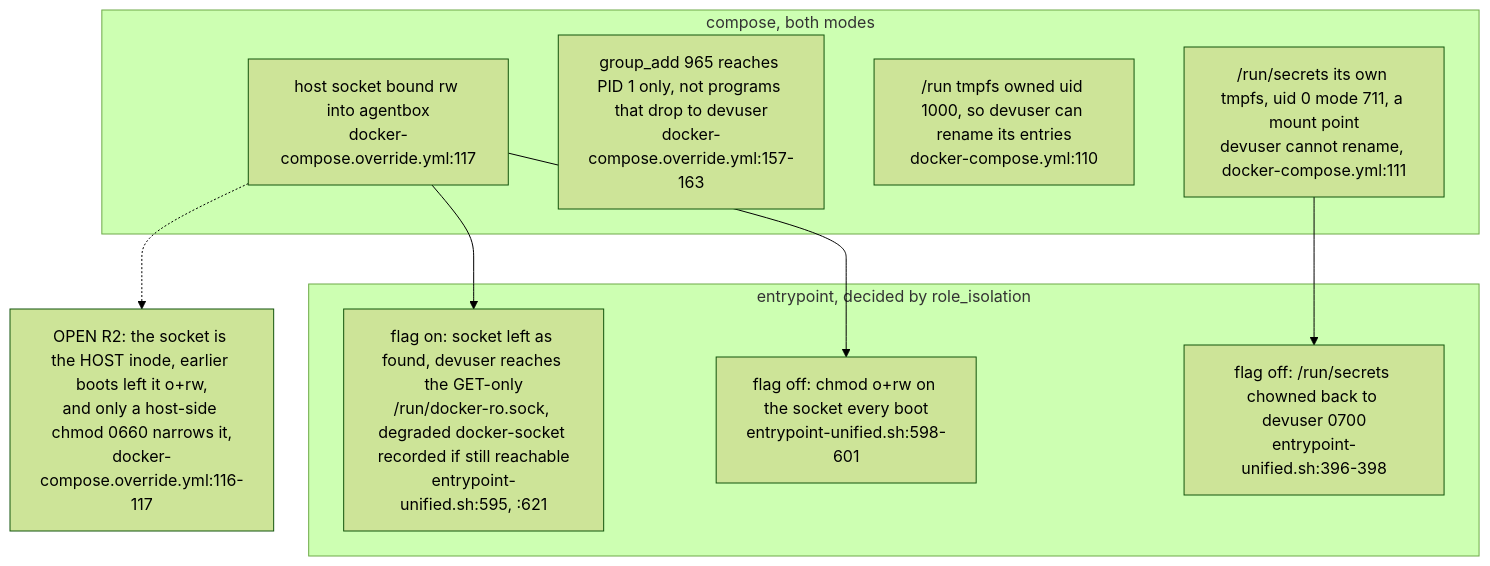
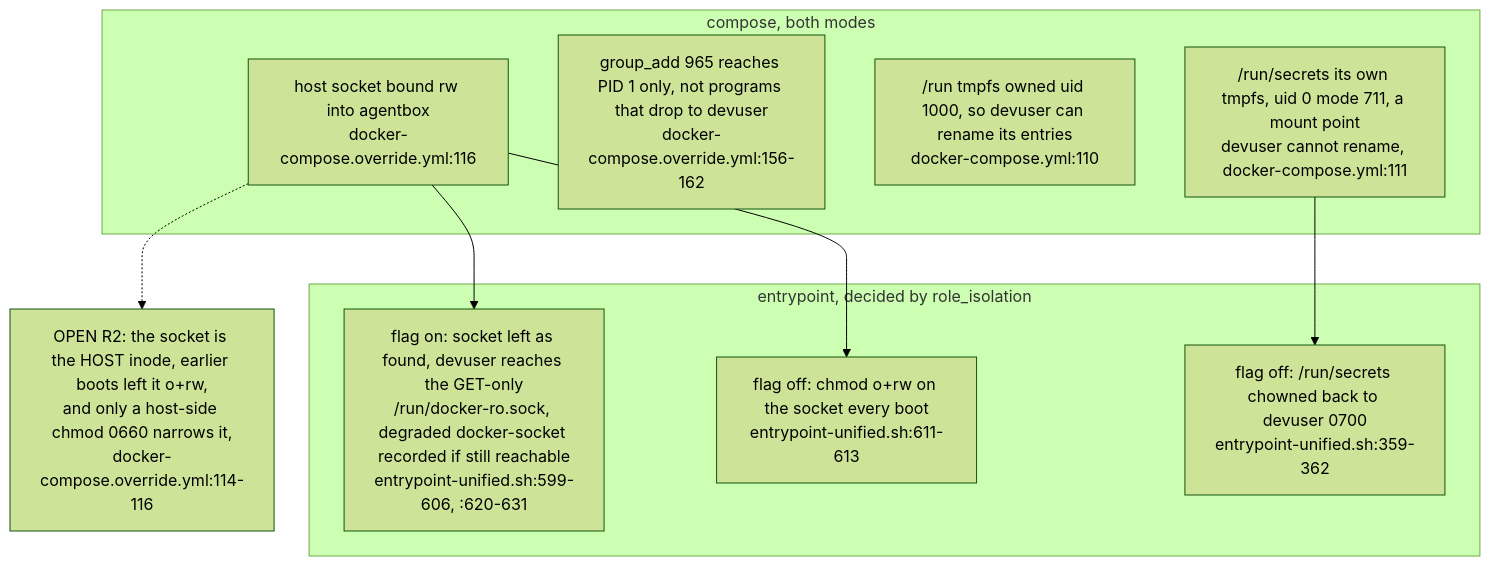
Before and after one commit to DreamLab-AI/VisionFlow: diagram 13 of 14 in docs/diagrams/agentbox/06-sidecars-and-compose-overlays.md, drawn with Mermaid (forest theme). The commit also changed other lines of this file and 173 other files, not shown here.

````diff
--- a/docs/diagrams/agentbox/06-sidecars-and-compose-overlays.md
+++ b/docs/diagrams/agentbox/06-sidecars-and-compose-overlays.md
@@ -378,18 +378,18 @@
 ```mermaid
 flowchart TB
     subgraph COMPOSE["compose, both modes"]
-        S1["host socket bound rw into agentbox<br/>docker-compose.override.yml:117"]
-        S2["group_add 965 reaches PID 1 only, not programs that drop to devuser<br/>docker-compose.override.yml:157-163"]
+        S1["host socket bound rw into agentbox<br/>docker-compose.override.yml:116"]
+        S2["group_add 965 reaches PID 1 only, not programs that drop to devuser<br/>docker-compose.override.yml:156-162"]
         M1["/run tmpfs owned uid 1000, so devuser can rename its entries<br/>docker-compose.yml:110"]
         M2["/run/secrets its own tmpfs, uid 0 mode 711, a mount point<br/>devuser cannot rename, docker-compose.yml:111"]
     end
     subgraph BOOT["entrypoint, decided by role_isolation"]
-        E0["flag off: chmod o+rw on the socket every boot<br/>entrypoint-unified.sh:598-601"]
-        E1["flag on: socket left as found, devuser reaches the GET-only<br/>/run/docker-ro.sock, degraded docker-socket recorded if still reachable<br/>entrypoint-unified.sh:595, :621"]
-        E2["flag off: /run/secrets chowned back to devuser 0700<br/>entrypoint-unified.sh:396-398"]
+        E0["flag off: chmod o+rw on the socket every boot<br/>entrypoint-unified.sh:611-613"]
+        E1["flag on: socket left as found, devuser reaches the GET-only<br/>/run/docker-ro.sock, degraded docker-socket recorded if still reachable<br/>entrypoint-unified.sh:599-606, :620-631"]
+        E2["flag off: /run/secrets chowned back to devuser 0700<br/>entrypoint-unified.sh:359-362"]
     end
     S1 --> E0
     S1 --> E1
     M2 --> E2
-    S1 -.-> R2["OPEN R2: the socket is the HOST inode, earlier boots left it o+rw,<br/>and only a host-side chmod 0660 narrows it,<br/>docker-compose.override.yml:116-117"]
+    S1 -.-> R2["OPEN R2: the socket is the HOST inode, earlier boots left it o+rw,<br/>and only a host-side chmod 0660 narrows it,<br/>docker-compose.override.yml:114-116"]
 ```
````
